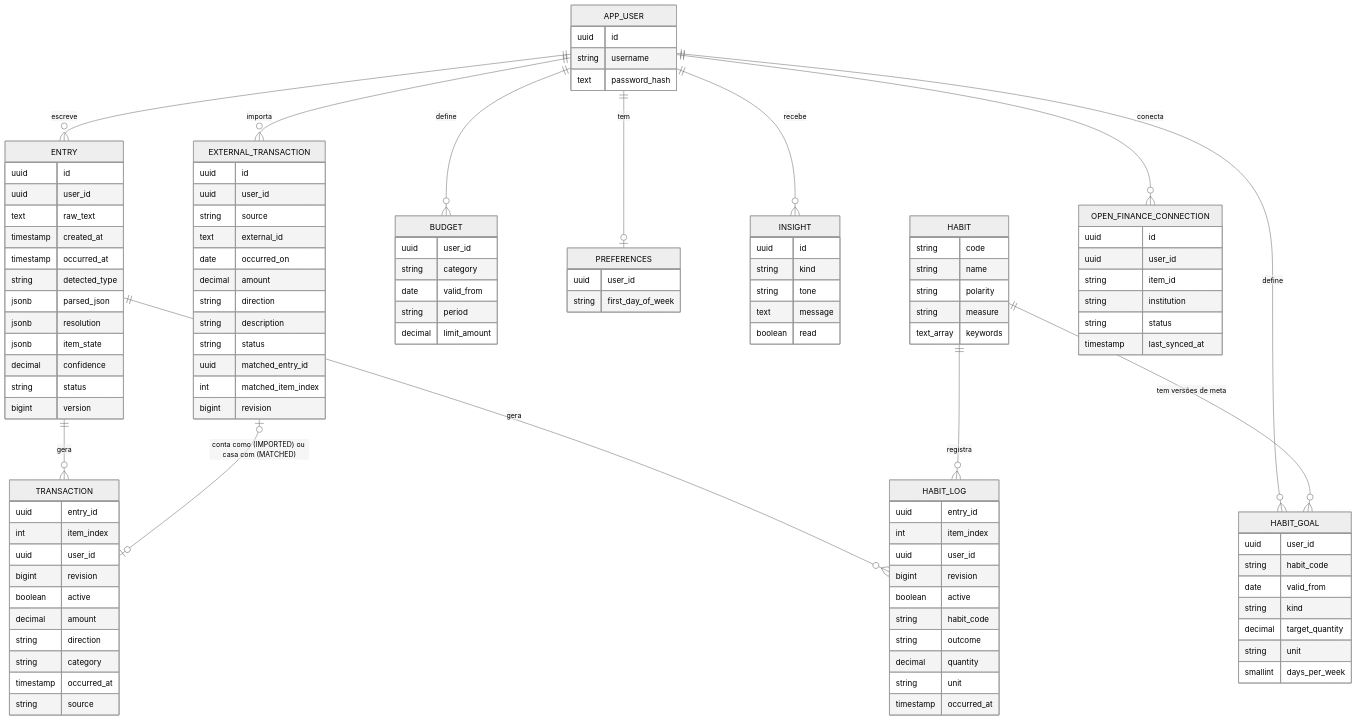
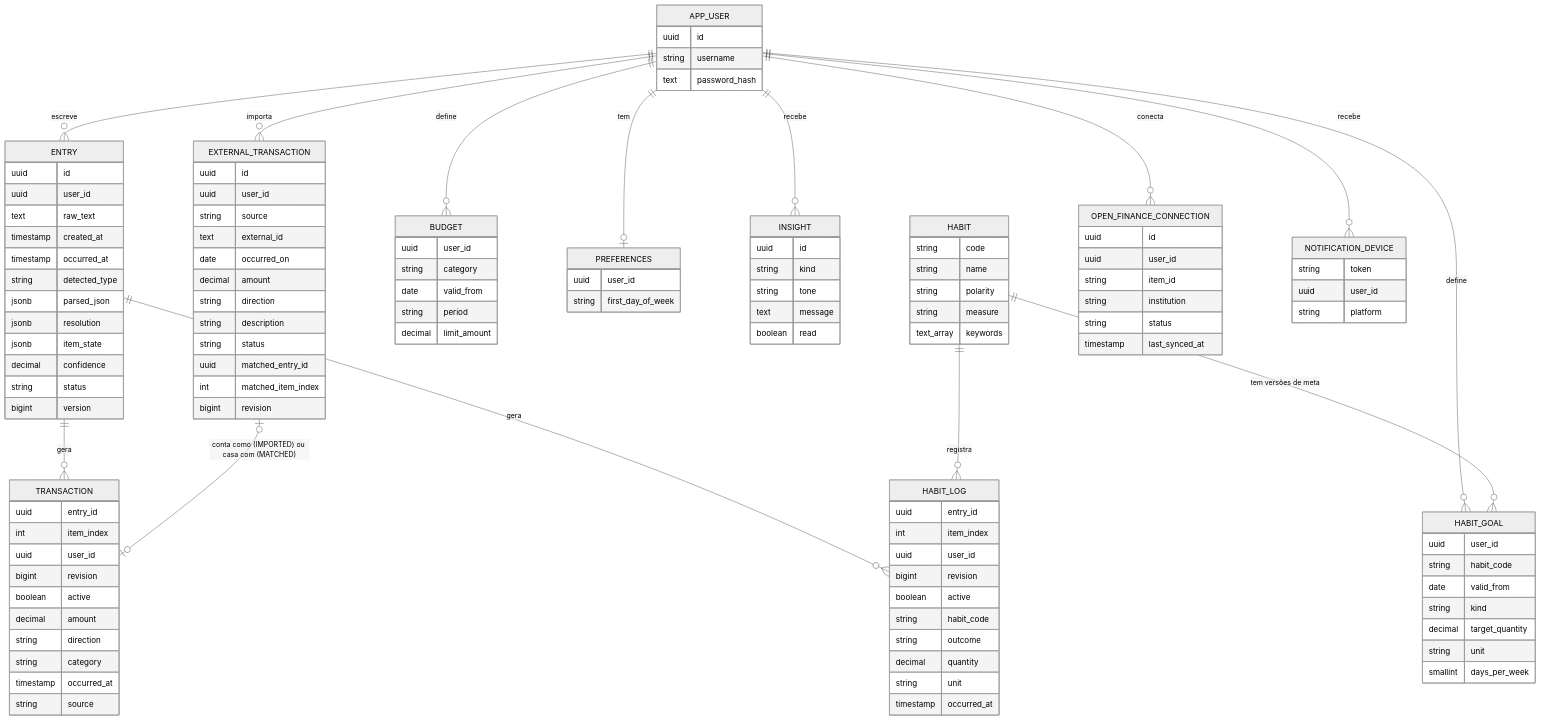
One commit to GabrieliModollo/mydly changed the fifth of 6 diagrams in docs/arquitetura.md. Above: the diagram before and after it, drawn with Mermaid (neutral theme). The commit also changed other lines of this file and 4 other files, not shown here.

```diff
--- a/docs/arquitetura.md
+++ b/docs/arquitetura.md
@@ -154,6 +154,7 @@
     APP_USER ||--o{ INSIGHT : recebe
     APP_USER ||--o{ EXTERNAL_TRANSACTION : importa
     APP_USER ||--o{ OPEN_FINANCE_CONNECTION : conecta
+    APP_USER ||--o{ NOTIFICATION_DEVICE : recebe
     EXTERNAL_TRANSACTION |o--o| TRANSACTION : "conta como (IMPORTED) ou casa com (MATCHED)"
 
     APP_USER {
@@ -248,6 +249,11 @@
         string status
         timestamp last_synced_at
     }
+    NOTIFICATION_DEVICE {
+        string token
+        uuid user_id
+        string platform
+    }
     INSIGHT {
         uuid id
         string kind
```
